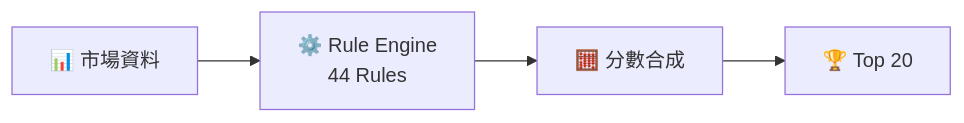
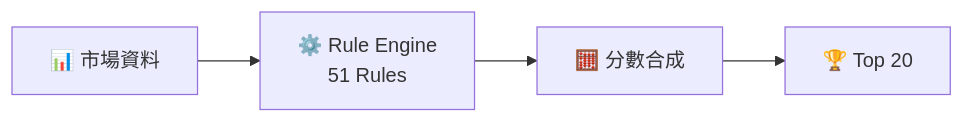
Before and after one commit to Neal75418/afterclose: the first of 3 diagrams in docs/RULE_ENGINE.md, drawn with Mermaid. The commit also changed other lines of this file and 29 other files, not shown here.

````diff
--- a/docs/RULE_ENGINE.md
+++ b/docs/RULE_ENGINE.md
@@ -9,9 +9,6 @@
 ```mermaid
 flowchart LR
-    Data["📊 市場資料"]
-    Engine["⚙️ Rule Engine<br/>44 Rules"]
-    Score["🧮 分數合成"]
-    Top["🏆 Top 20"]
-
-    Data --> Engine --> Score --> Top
+    Data["📊 市場資料"] --> Engine["⚙️ Rule Engine<br/>51 Rules"]
+    Engine --> Score["🧮 分數合成"]
+    Score --> Top["🏆 Top 20"]
 ```
````
